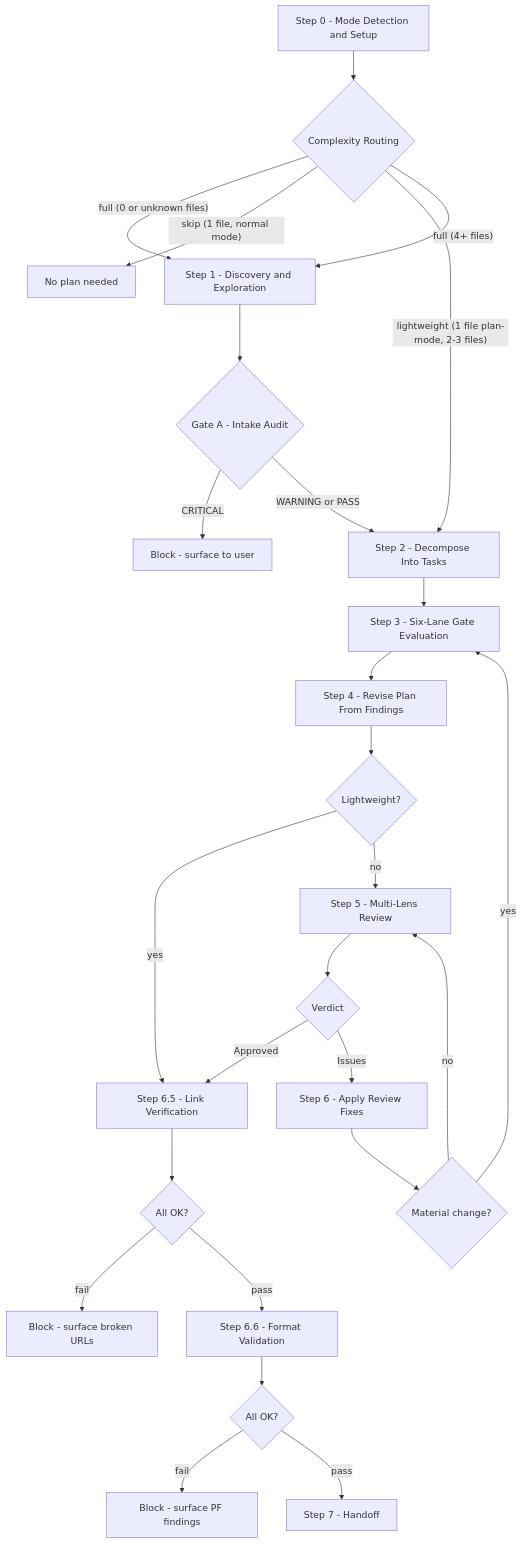
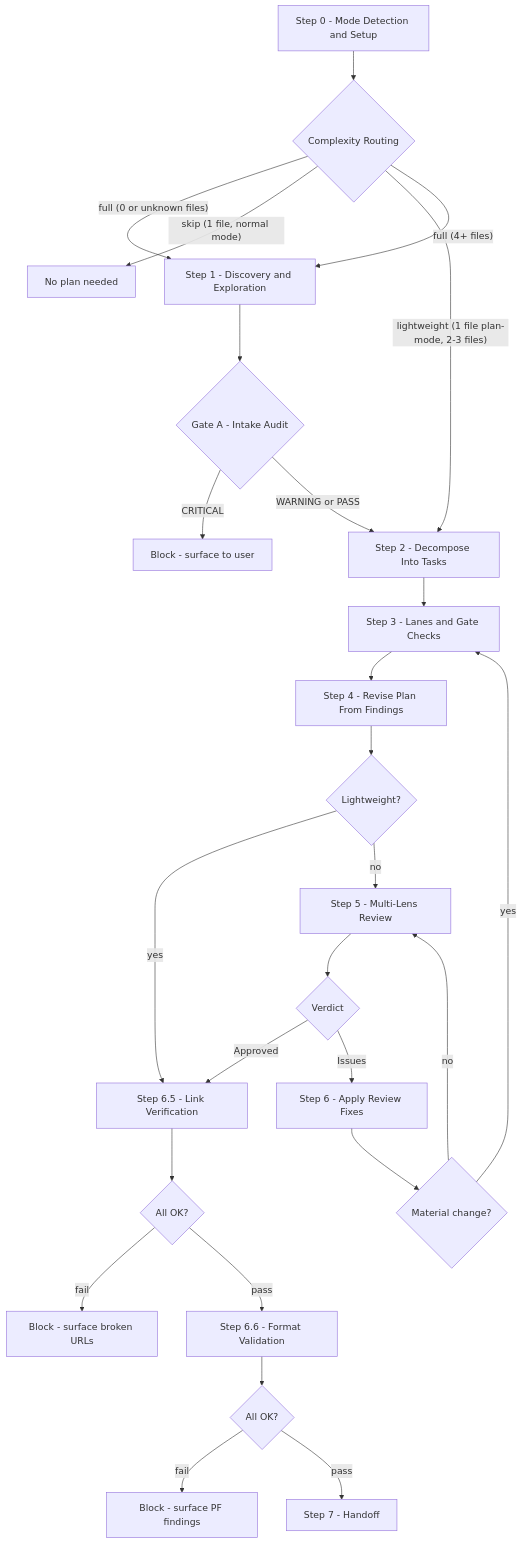
The first of 4 diagrams in docs/plan-architecture.md (rnagrodzki/sdlc-plugin), drawn with Mermaid before and after one commit. The commit also changed other lines of this file and 2 other files, not shown here.

Commit message:
docs(plan): describe the gate checks, five lanes, 8-task limit and timing report

````diff
--- a/docs/plan-architecture.md
+++ b/docs/plan-architecture.md
@@ -122,41 +121,41 @@
 ```mermaid
 flowchart TD
     S0["Step 0 - Mode Detection and Setup"]
     S0 --> route{Complexity Routing}
     route -->|"full (0 or unknown files)"| S1
     route -->|"skip (1 file, normal mode)"| STOP["No plan needed"]
     route -->|"lightweight (1 file plan-mode, 2-3 files)"| S2
     route -->|"full (4+ files)"| S1
 
     S1["Step 1 - Discovery and Exploration"]
     S1 --> gate_a{"Gate A - Intake Audit"}
     gate_a -->|CRITICAL| BLOCK1["Block - surface to user"]
     gate_a -->|WARNING or PASS| S2
 
     S2["Step 2 - Decompose Into Tasks"]
     S2 --> S3
 
-    S3["Step 3 - Six-Lane Gate Evaluation"]
+    S3["Step 3 - Lanes and Gate Checks"]
     S3 --> S4["Step 4 - Revise Plan From Findings"]
     S4 --> lw_check{Lightweight?}
     lw_check -->|yes| S6_5
     lw_check -->|no| S5
 
     S5["Step 5 - Multi-Lens Review"]
     S5 --> verdict{Verdict}
     verdict -->|Approved| S6_5
     verdict -->|Issues| S6["Step 6 - Apply Review Fixes"]
     S6 --> material{"Material change?"}
     material -->|yes| S3
     material -->|no| S5
 
     S6_5["Step 6.5 - Link Verification"]
     S6_5 --> link_ok{All OK?}
     link_ok -->|fail| BLOCK2["Block - surface broken URLs"]
     link_ok -->|pass| S6_6
 
     S6_6["Step 6.6 - Format Validation"]
     S6_6 --> fmt_ok{All OK?}
     fmt_ok -->|fail| BLOCK3["Block - surface PF findings"]
     fmt_ok -->|pass| S7["Step 7 - Handoff"]
 ```
````
